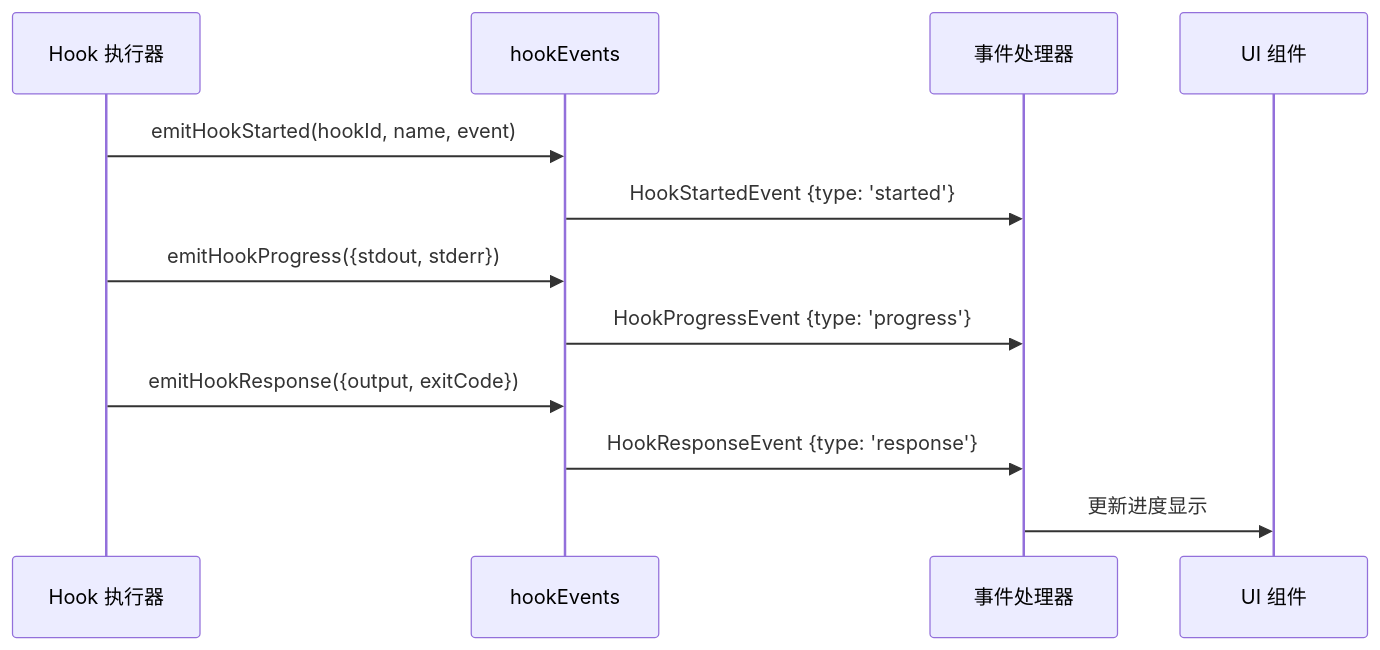
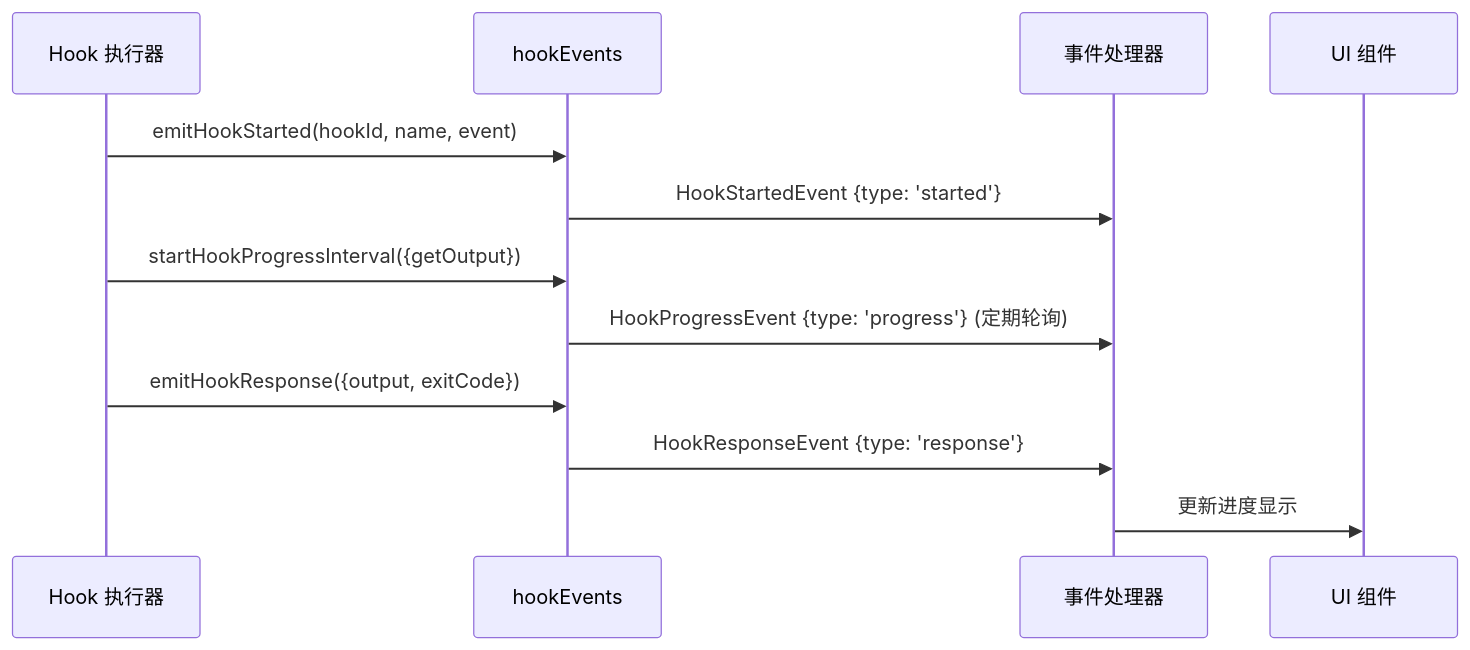
The fifth of 13 diagrams in .nium-wiki/wiki/core/hooks.md (niuma996/claude-code-sourcemap-wiki), drawn with Mermaid before and after one commit. The commit also changed other lines of this file and 19 other files, not shown here.

````diff
--- a/.nium-wiki/wiki/core/hooks.md
+++ b/.nium-wiki/wiki/core/hooks.md
@@ -173,15 +298,15 @@
 ```mermaid
 sequenceDiagram
     participant Source as Hook 执行器
     participant Events as hookEvents
     participant Handler as 事件处理器
     participant UI as UI 组件
 
     Source->>Events: emitHookStarted(hookId, name, event)
     Events->>Handler: HookStartedEvent {type: 'started'}
-    Source->>Events: emitHookProgress({stdout, stderr})
-    Events->>Handler: HookProgressEvent {type: 'progress'}
+    Source->>Events: startHookProgressInterval({getOutput})
+    Events->>Handler: HookProgressEvent {type: 'progress'} (定期轮询)
     Source->>Events: emitHookResponse({output, exitCode})
     Events->>Handler: HookResponseEvent {type: 'response'}
     Handler->>UI: 更新进度显示
 ```
````
